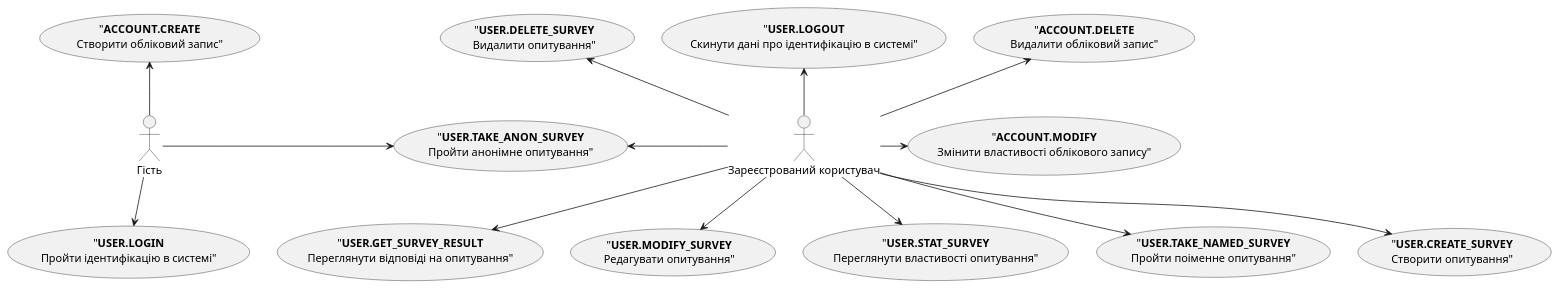
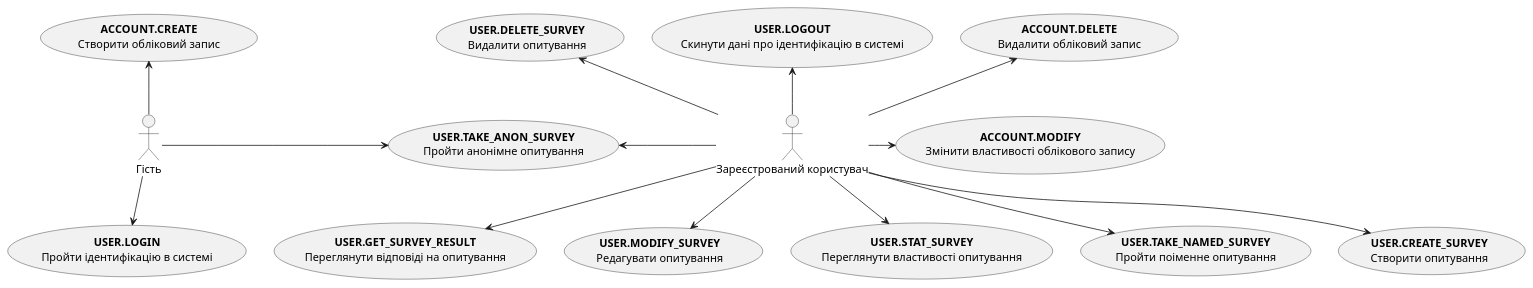
One commit to victoriavodyana/edu-dis-labs-vodyana changed the diagram in docs/use-cases/README.md. Above: the diagram before and after it, drawn with PlantUML.

Commit message:
Fixed the quotation marks

```diff
--- a/docs/use-cases/README.md
+++ b/docs/use-cases/README.md
@@ -12,34 +12,34 @@
 @startuml
 
     :Гість: as Guest
     :Зареєстрований користувач: as AuthorisedUser
 
-    ("<b>ACCOUNT.CREATE</b>\nСтворити обліковий запис") as CreateAccount
-    ("<b>ACCOUNT.DELETE</b>\nВидалити обліковий запис") as DeleteAccount
-    ("<b>ACCOUNT.MODIFY</b>\nЗмінити властивості облікового запису") as ModifyAccount
-    ("<b>USER.CREATE_SURVEY</b>\nСтворити опитування") as CreateSurvey
-    ("<b>USER.DELETE_SURVEY</b>\nВидалити опитування") as DeleteSurvey
-    ("<b>USER.GET_SURVEY_RESULT</b>\nПереглянути відповіді на опитування") as GetSurveyResult
-    ("<b>USER.LOGIN</b>\nПройти ідентифікацію в системі") as LogIn
-    ("<b>USER.LOGOUT</b>\nСкинути дані про ідентифікацію в системі") as LogOut
-    ("<b>USER.MODIFY_SURVEY</b>\nРедагувати опитування") as ModifySurvey
-    ("<b>USER.STAT_SURVEY</b>\nПереглянути властивості опитування") as StatSurvey
-    ("<b>USER.TAKE_ANON_SURVEY</b>\nПройти анонімне опитування") as TakeAnonSurvey
-    ("<b>USER.TAKE_NAMED_SURVEY</b>\nПройти поіменне опитування") as TakeNamedSurvey
+    (<b>ACCOUNT.CREATE</b>\nСтворити обліковий запис) as CreateAccount
+    (<b>ACCOUNT.DELETE</b>\nВидалити обліковий запис) as DeleteAccount
+    (<b>ACCOUNT.MODIFY</b>\nЗмінити властивості облікового запису) as ModifyAccount
+    (<b>USER.CREATE_SURVEY</b>\nСтворити опитування) as CreateSurvey
+    (<b>USER.DELETE_SURVEY</b>\nВидалити опитування) as DeleteSurvey
+    (<b>USER.GET_SURVEY_RESULT</b>\nПереглянути відповіді на опитування) as GetSurveyResult
+    (<b>USER.LOGIN</b>\nПройти ідентифікацію в системі) as LogIn
+    (<b>USER.LOGOUT</b>\nСкинути дані про ідентифікацію в системі) as LogOut
+    (<b>USER.MODIFY_SURVEY</b>\nРедагувати опитування) as ModifySurvey
+    (<b>USER.STAT_SURVEY</b>\nПереглянути властивості опитування) as StatSurvey
+    (<b>USER.TAKE_ANON_SURVEY</b>\nПройти анонімне опитування) as TakeAnonSurvey
+    (<b>USER.TAKE_NAMED_SURVEY</b>\nПройти поіменне опитування) as TakeNamedSurvey
 
     Guest -u-> CreateAccount
     Guest --> LogIn
     Guest -r-> TakeAnonSurvey
 
     AuthorisedUser -r-> ModifyAccount
     AuthorisedUser -u-> DeleteAccount
     AuthorisedUser -u-> LogOut
     AuthorisedUser --> CreateSurvey
     AuthorisedUser -u-> DeleteSurvey
     AuthorisedUser --> StatSurvey
     AuthorisedUser --> ModifySurvey
     AuthorisedUser --> GetSurveyResult
     AuthorisedUser -l-> TakeAnonSurvey
     AuthorisedUser -d-> TakeNamedSurvey
 
 @enduml
```
